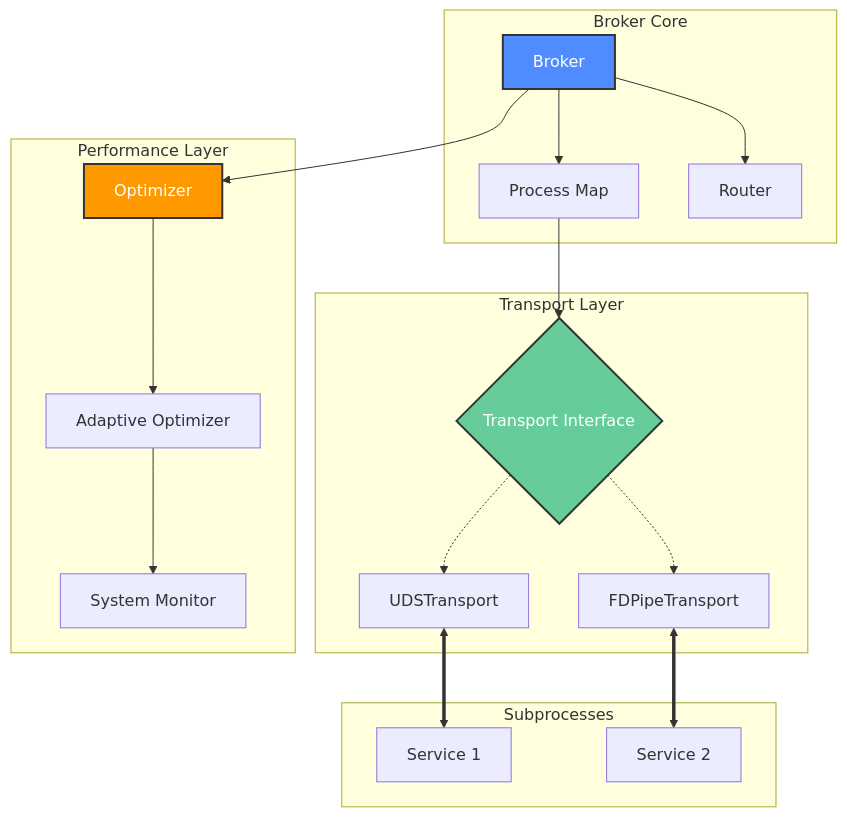
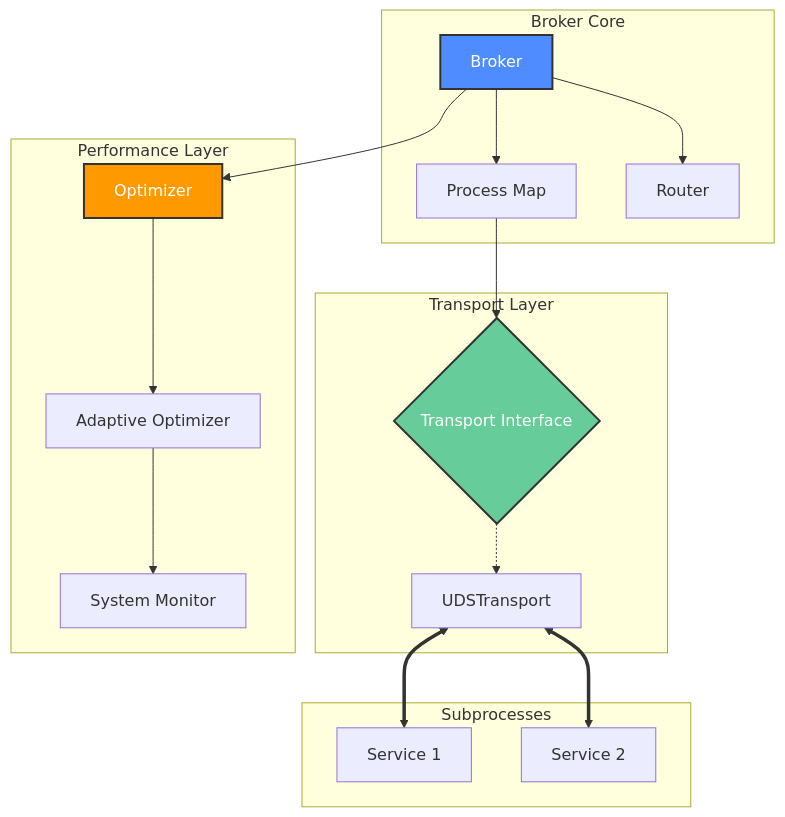
The third of 3 diagrams in README.md (cyw0ng95/v2e), drawn with Mermaid before and after one commit. The commit also changed other lines of this file and 14 other files, not shown here.

````diff
--- a/README.md
+++ b/README.md
@@ -524,43 +507,41 @@
 ```mermaid
 graph TB
     subgraph "Broker Core"
         B[Broker]
         P[Process Map]
         R[Router]
     end
-    
+
     subgraph "Transport Layer"
         TI{Transport Interface}
         UDS[UDSTransport]
-        FDP[FDPipeTransport]
     end
-    
+
     subgraph "Performance Layer"
         OPT[Optimizer]
         AO[Adaptive Optimizer]
         SM[System Monitor]
     end
-    
+
     subgraph "Subprocesses"
         S1[Service 1]
         S2[Service 2]
     end
-    
+
     B --> P
     B --> R
     B --> OPT
-    
+
     OPT --> AO
     AO --> SM
-    
+
     P --> TI
     TI -.-> UDS
-    TI -.-> FDP
-    
+
     UDS <==> S1
-    FDP <==> S2
-    
+    UDS <==> S2
+
     style B fill:#4e8cff,stroke:#333,stroke-width:2px,color:#fff
     style OPT fill:#ff9900,stroke:#333,stroke-width:2px,color:#fff
     style TI fill:#66cc99,stroke:#333,stroke-width:2px,color:#fff
 ```
````
